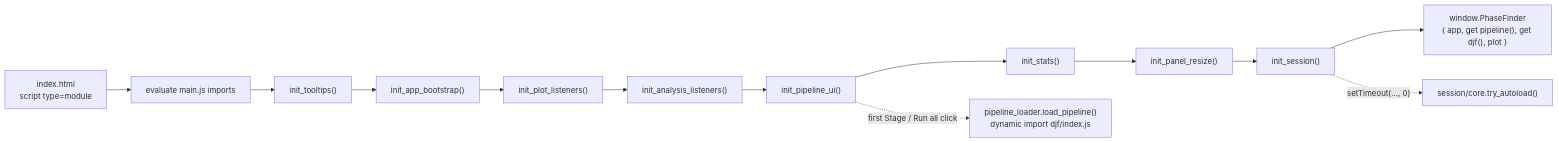
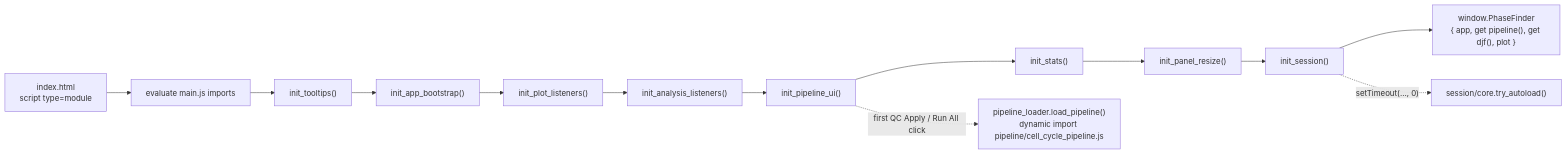
Before and after one commit to Latent-Lens/phase_finder: the second of 13 diagrams in docs/code-flow-diagrams.md, drawn with Mermaid. The commit also changed other lines of this file and 15 other files, not shown here.

First line of the commit message:
docs(architecture): rewrite the diagrams for the current pipeline

````diff
--- a/docs/code-flow-diagrams.md
+++ b/docs/code-flow-diagrams.md
@@ -117,15 +119,15 @@
 ```mermaid
 flowchart LR
   H["index.html<br/>script type=module"] --> M["evaluate main.js imports"]
   M --> I1["init_tooltips()"]
   I1 --> I2["init_app_bootstrap()"]
   I2 --> I3["init_plot_listeners()"]
   I3 --> I4["init_analysis_listeners()"]
   I4 --> I5["init_pipeline_ui()"]
   I5 --> I6["init_stats()"]
   I6 --> I7["init_panel_resize()"]
   I7 --> I8["init_session()"]
   I8 --> HOOK["window.PhaseFinder<br/>{ app, get pipeline(), get djf(), plot }"]
   I8 -. "setTimeout(..., 0)" .-> AUTO["session/core.try_autoload()"]
-  I5 -. "first Stage / Run all click" .-> LAZY["pipeline_loader.load_pipeline()<br/>dynamic import djf/index.js"]
+  I5 -. "first QC Apply / Run All click" .-> LAZY["pipeline_loader.load_pipeline()<br/>dynamic import pipeline/cell_cycle_pipeline.js"]
 ```
````
